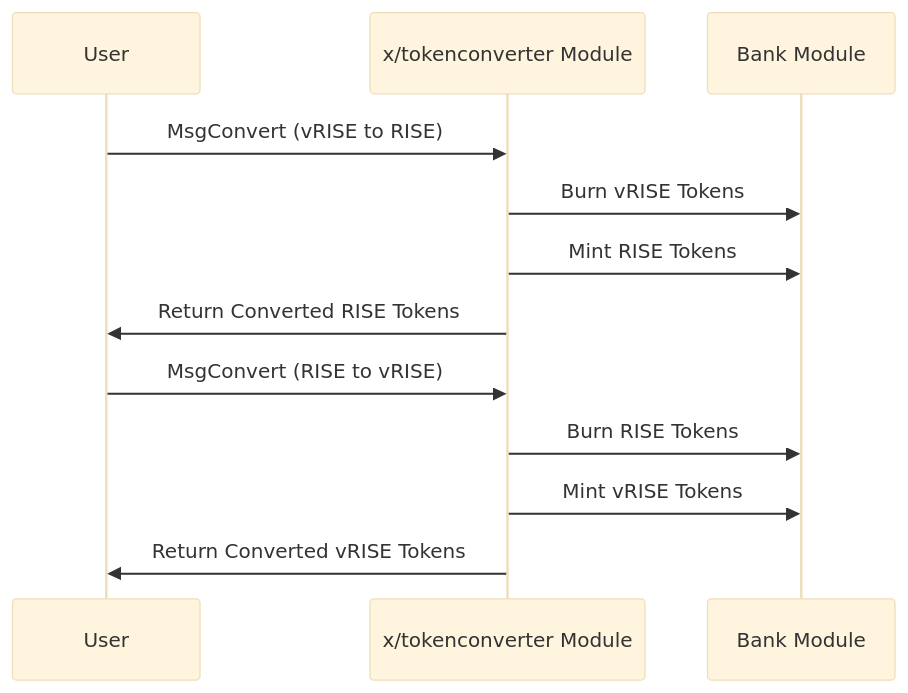
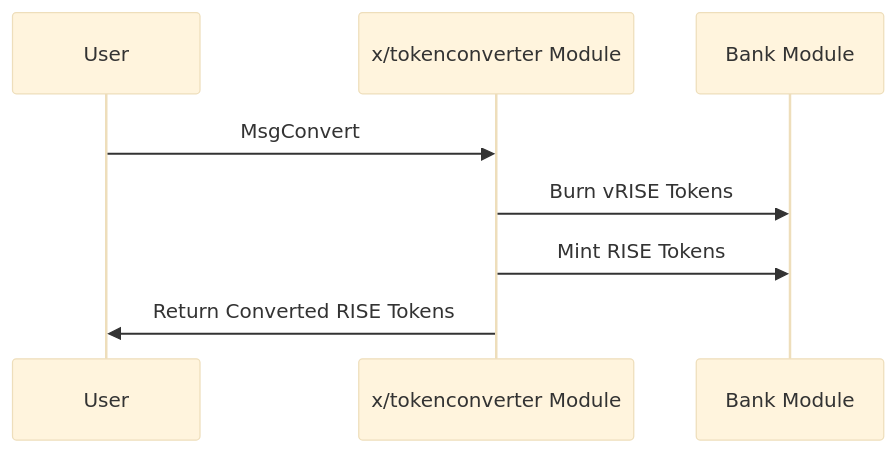
Before and after one commit to sunriselayer/gitbook: the diagram in learn/sunrise/token-converter.md, drawn with Mermaid (base theme). The commit also changed other lines of this file, not shown here.

Commit message:
fix: converter

````diff
--- a/learn/sunrise/token-converter.md
+++ b/learn/sunrise/token-converter.md
@@ -45,16 +34,11 @@
 ```mermaid
 sequenceDiagram
     participant User
     participant TokenConverter as x/tokenconverter Module
     participant BankKeeper as Bank Module
 
-    User->>TokenConverter: MsgConvert (vRISE to RISE)
+    User->>TokenConverter: MsgConvert
     TokenConverter->>BankKeeper: Burn vRISE Tokens
     TokenConverter->>BankKeeper: Mint RISE Tokens
     TokenConverter->>User: Return Converted RISE Tokens
-
-    User->>TokenConverter: MsgConvert (RISE to vRISE)
-    TokenConverter->>BankKeeper: Burn RISE Tokens
-    TokenConverter->>BankKeeper: Mint vRISE Tokens
-    TokenConverter->>User: Return Converted vRISE Tokens
 ```
````
